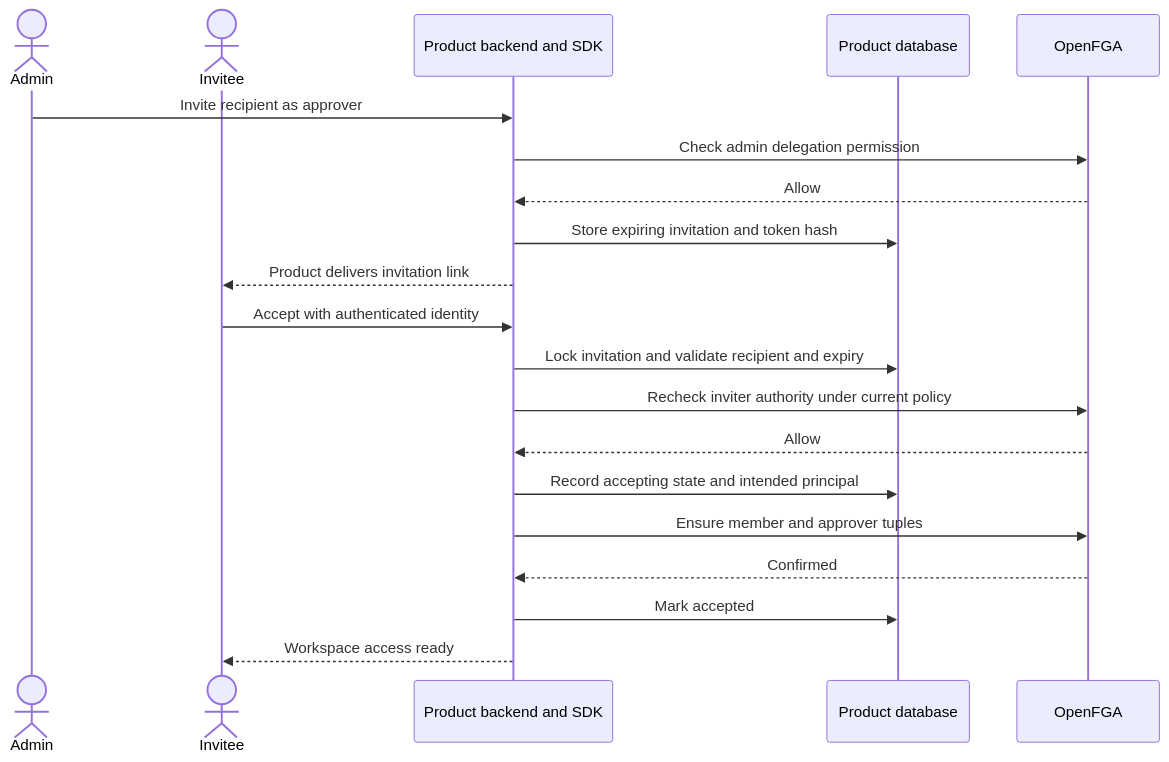
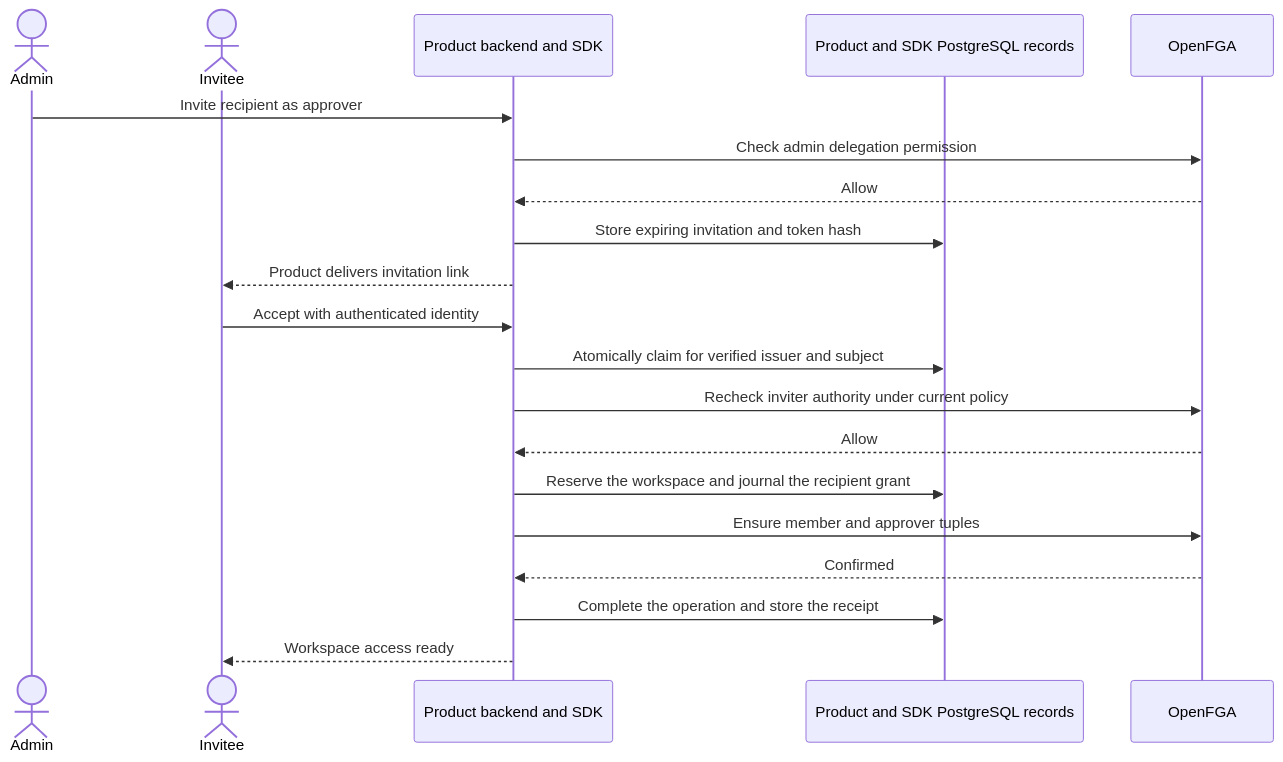
One commit to techsavvyash/heimdall changed the first of 2 diagrams in docs/content/design/flows/membership.md. Above: the diagram before and after it, drawn with Mermaid. The commit also changed other lines of this file and 12 other files, not shown here.

````diff
--- a/docs/content/design/flows/membership.md
+++ b/docs/content/design/flows/membership.md
@@ -8,22 +8,22 @@
 ```mermaid
 sequenceDiagram
   actor Admin
   actor Invitee
   participant API as Product backend and SDK
-  participant DB as Product database
+  participant DB as Product and SDK PostgreSQL records
   participant F as OpenFGA
   Admin->>API: Invite recipient as approver
   API->>F: Check admin delegation permission
   F-->>API: Allow
   API->>DB: Store expiring invitation and token hash
   API-->>Invitee: Product delivers invitation link
   Invitee->>API: Accept with authenticated identity
-  API->>DB: Lock invitation and validate recipient and expiry
+  API->>DB: Atomically claim for verified issuer and subject
   API->>F: Recheck inviter authority under current policy
   F-->>API: Allow
-  API->>DB: Record accepting state and intended principal
+  API->>DB: Reserve the workspace and journal the recipient grant
   API->>F: Ensure member and approver tuples
   F-->>API: Confirmed
-  API->>DB: Mark accepted
+  API->>DB: Complete the operation and store the receipt
   API-->>Invitee: Workspace access ready
 ```
````
